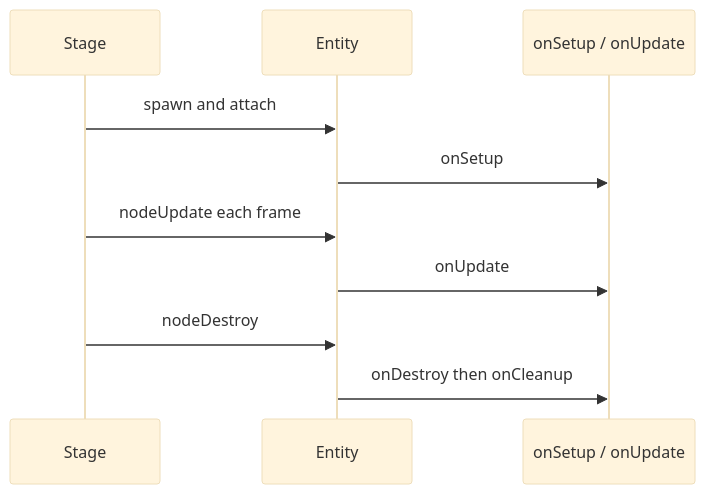
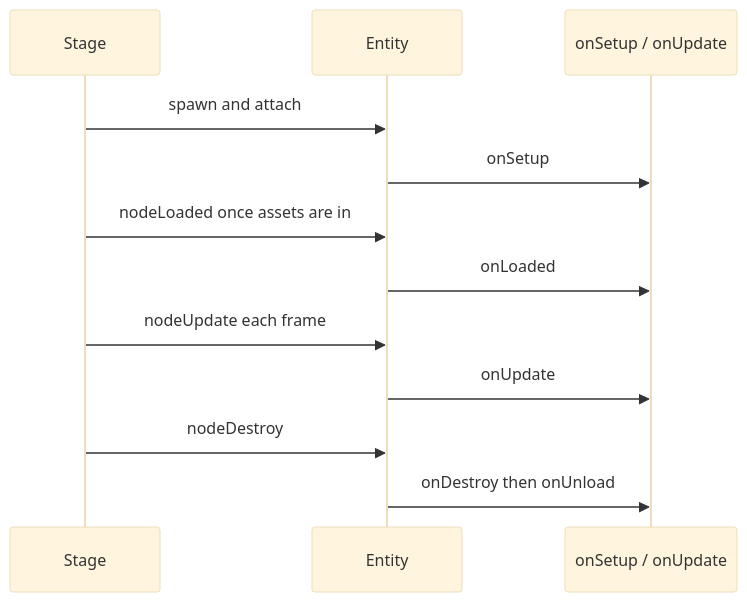
One commit to zylem-game-lib/zylem changed the diagram in website/docs/entities/overview.md. Above: the diagram before and after it, drawn with Mermaid (base theme). The commit also changed other lines of this file and 3 other files, not shown here.

Commit message:
docs: describe onLoaded, onUnload and stage-driven child lifecycle

````diff
--- a/website/docs/entities/overview.md
+++ b/website/docs/entities/overview.md
@@ -48,12 +54,14 @@
 ```mermaid
 sequenceDiagram
   participant Stage
   participant Entity
   participant User as onSetup / onUpdate
   Stage->>Entity: spawn and attach
   Entity->>User: onSetup
+  Stage->>Entity: nodeLoaded once assets are in
+  Entity->>User: onLoaded
   Stage->>Entity: nodeUpdate each frame
   Entity->>User: onUpdate
   Stage->>Entity: nodeDestroy
-  Entity->>User: onDestroy then onCleanup
+  Entity->>User: onDestroy then onUnload
 ```
````
